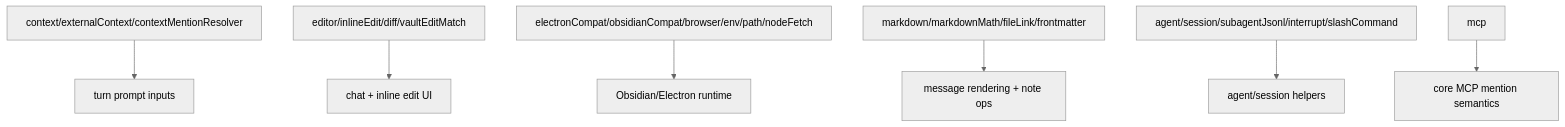
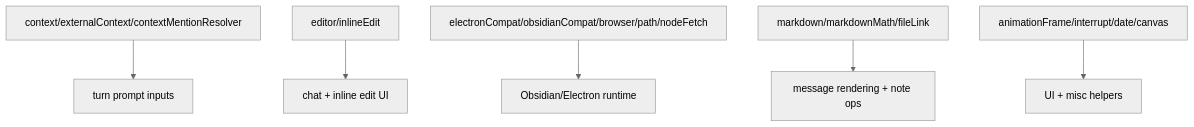
Before and after one commit to shuuul/obsidian-pivi: the diagram in src/utils/AGENTS.md, drawn with Mermaid (neutral theme). The commit also changed other lines of this file and 348 other files, not shown here.

````diff
--- a/src/utils/AGENTS.md
+++ b/src/utils/AGENTS.md
@@ -7,9 +7,8 @@
 ```mermaid
 flowchart TD
   Context["context/externalContext/contextMentionResolver"] --> Prompt["turn prompt inputs"]
-  Editor["editor/inlineEdit/diff/vaultEditMatch"] --> UI["chat + inline edit UI"]
-  Platform["electronCompat/obsidianCompat/browser/env/path/nodeFetch"] --> Runtime["Obsidian/Electron runtime"]
-  Content["markdown/markdownMath/fileLink/frontmatter"] --> Rendering["message rendering + note ops"]
-  Agent["agent/session/subagentJsonl/interrupt/slashCommand"] --> Pi["agent/session helpers"]
-  Mcp["mcp"] --> Core["core MCP mention semantics"]
+  Editor["editor/inlineEdit"] --> UI["chat + inline edit UI"]
+  Platform["electronCompat/obsidianCompat/browser/path/nodeFetch"] --> Runtime["Obsidian/Electron runtime"]
+  Content["markdown/markdownMath/fileLink"] --> Rendering["message rendering + note ops"]
+  Misc["animationFrame/interrupt/date/canvas"] --> UI2["UI + misc helpers"]
 ```
````
